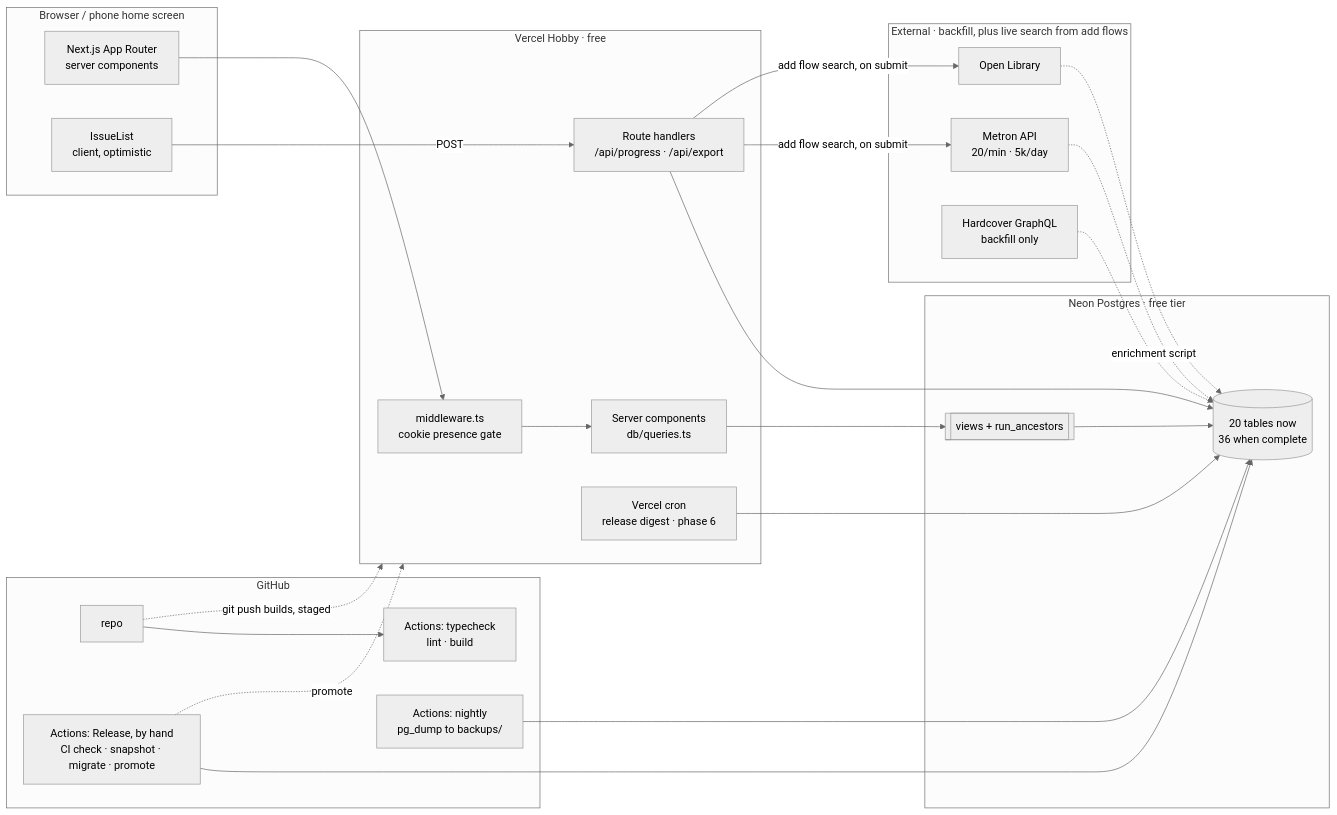
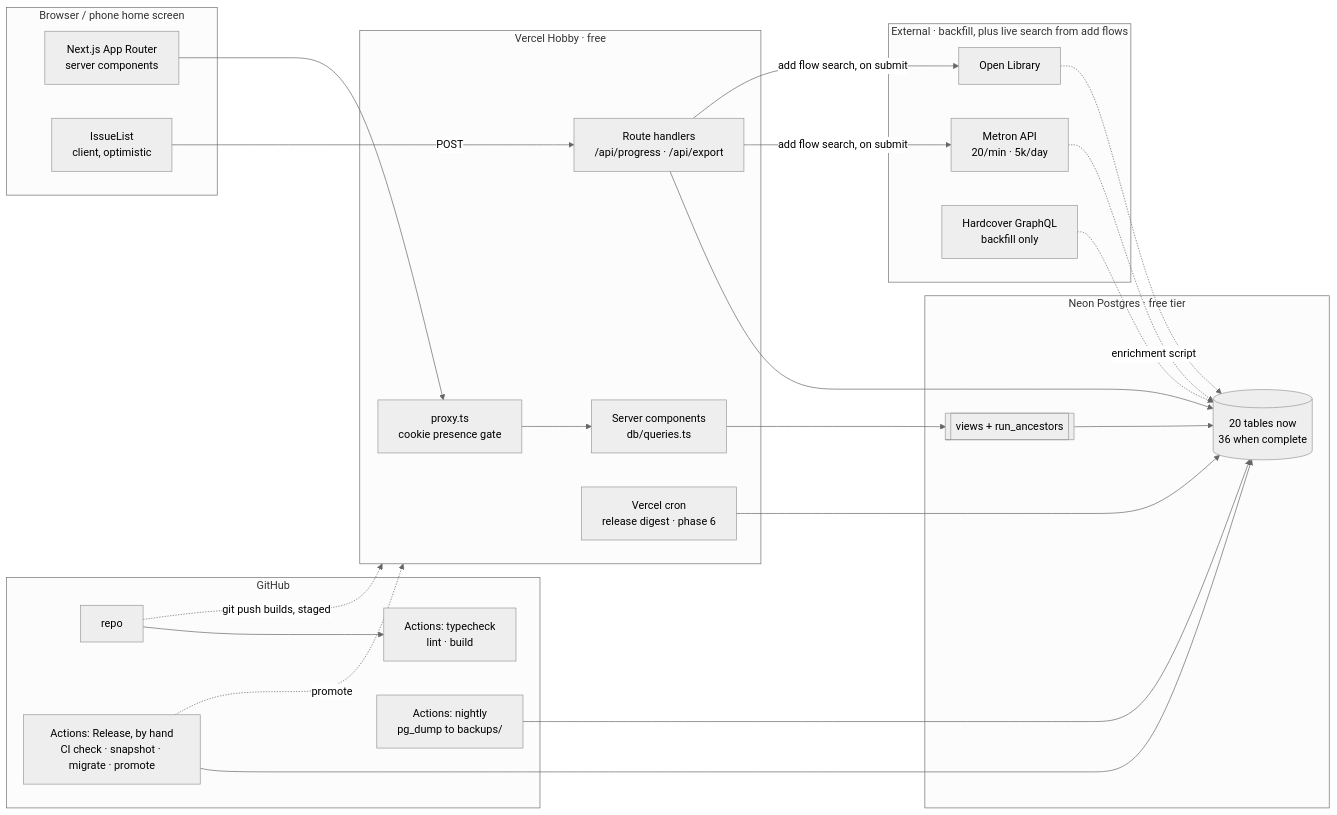
Before and after one commit to jtillmanio/ledger: the seventh of 14 diagrams in docs/DIAGRAMS.md, drawn with Mermaid (neutral theme). The commit also changed 12 other files, not shown here.

````diff
--- a/docs/DIAGRAMS.md
+++ b/docs/DIAGRAMS.md
@@ -375,46 +375,46 @@
 ```mermaid
 flowchart LR
     subgraph client [Browser / phone home screen]
         UI["Next.js App Router<br/>server components"]
         SPINE["IssueList<br/>client, optimistic"]
     end
 
     subgraph vercel [Vercel Hobby · free]
-        MW["middleware.ts<br/>cookie presence gate"]
+        MW["proxy.ts<br/>cookie presence gate"]
         RSC["Server components<br/>db/queries.ts"]
         API["Route handlers<br/>/api/progress · /api/export"]
         CRON["Vercel cron<br/>release digest · phase 6"]
     end
 
     subgraph neon [Neon Postgres · free tier]
         TBL[(20 tables now<br/>36 when complete)]
         VW[[views + run_ancestors]]
     end
 
     subgraph ext [External · backfill, plus live search from add flows]
         METRON[Metron API<br/>20/min · 5k/day]
         OL[Open Library]
         HC[Hardcover GraphQL<br/>backfill only]
     end
 
     subgraph gh [GitHub]
         REPO[repo]
         CI["Actions: typecheck<br/>lint · build"]
         BAK["Actions: nightly<br/>pg_dump to backups/"]
         REL["Actions: Release, by hand<br/>CI check · snapshot · migrate · promote"]
     end
 
     UI --> MW --> RSC --> VW --> TBL
     SPINE -- POST --> API --> TBL
     REPO --> CI
     REPO -. git push builds, staged .-> vercel
     REL --> TBL
     REL -. promote .-> vercel
     BAK --> TBL
     METRON -. enrichment script .-> TBL
     OL -.-> TBL
     HC -.-> TBL
     CRON --> TBL
     API -- "add flow search, on submit" --> METRON
     API -- "add flow search, on submit" --> OL
 ```
````
